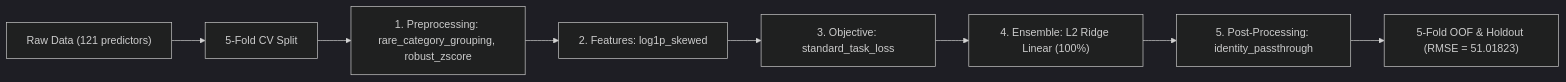
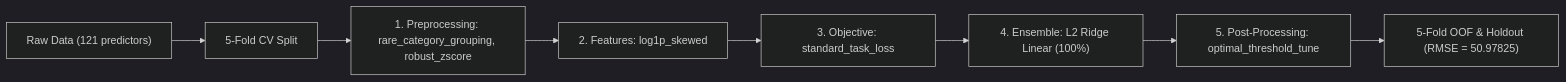
Before and after one commit to stefanoclss/UM-Game-Playing-Strength-of-MCTS-Variants: the diagram in README.md, drawn with Mermaid (dark theme). The commit also changed other lines of this file, not shown here.

First line of the commit message:
docs(readme): refresh verified OOF benchmark & build ledger (RMSE=50.97825)

````diff
--- a/README.md
+++ b/README.md
@@ -69,10 +70,10 @@
 ```mermaid
 flowchart LR
     DATA["Raw Data (121 predictors)"] --> SPLIT["5-Fold CV Split"]
     SPLIT --> PRE["1. Preprocessing: rare_category_grouping, robust_zscore"]
     PRE --> FEAT["2. Features: log1p_skewed"]
     FEAT --> OBJ["3. Objective: standard_task_loss"]
     OBJ --> M0["4. Ensemble: L2 Ridge Linear (100%)"]
-    M0 --> POST["5. Post-Processing: identity_passthrough"]
-    POST --> OUT["5-Fold OOF & Holdout (RMSE = 51.01823)"]
+    M0 --> POST["5. Post-Processing: optimal_threshold_tune"]
+    POST --> OUT["5-Fold OOF & Holdout (RMSE = 50.97825)"]
 ```
````
